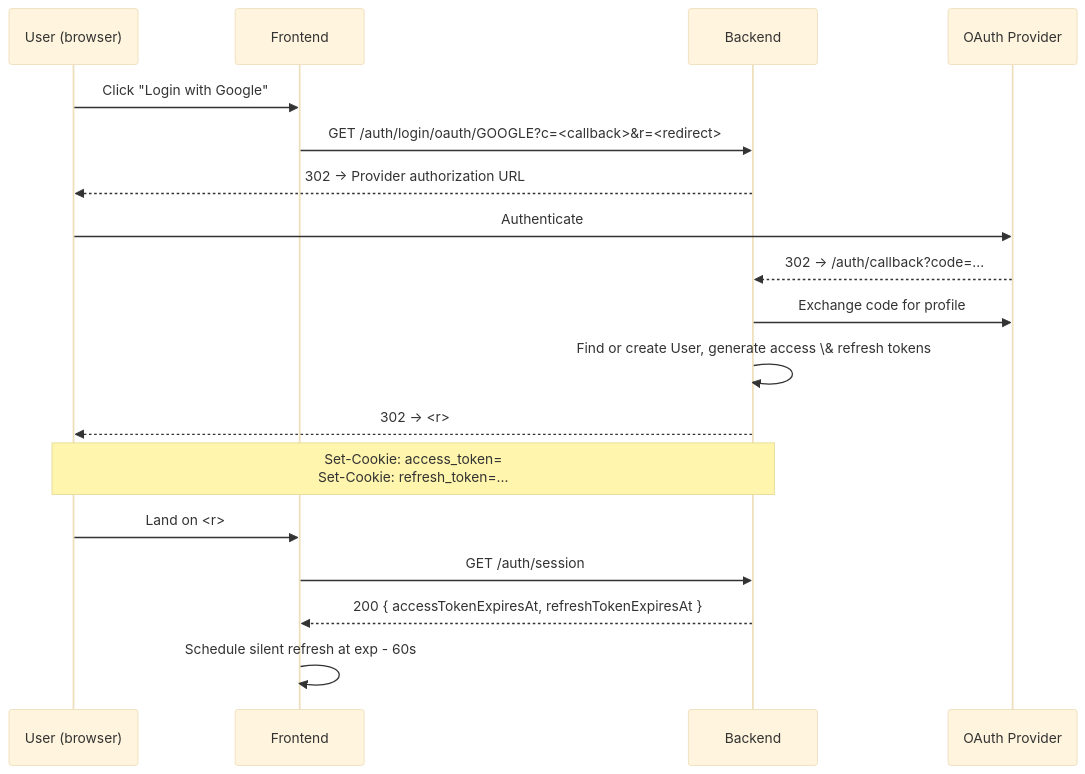
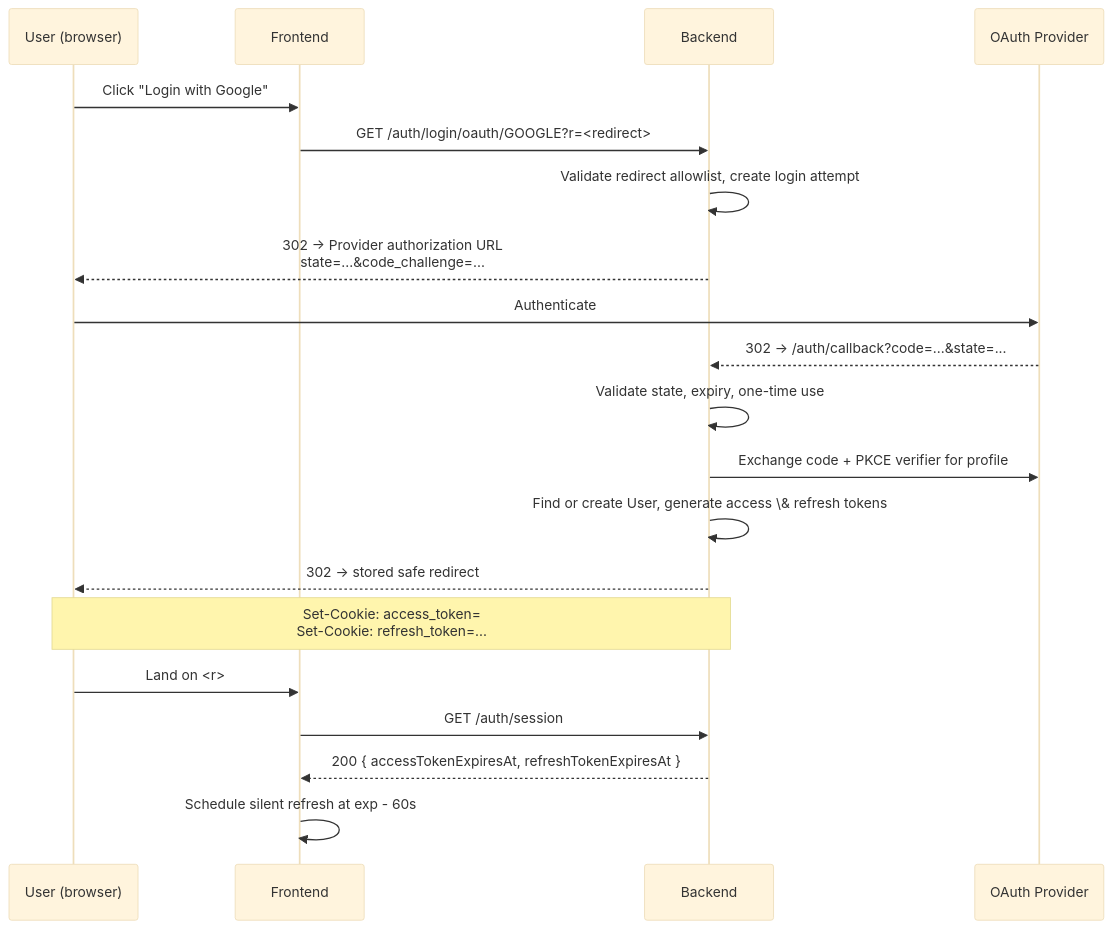
Before and after one commit to NYCU-SDC/sciedu-api: the first of 4 diagrams in docs/AUTH_FLOW.md, drawn with Mermaid (base theme). The commit also changed other lines of this file, not shown here.

Commit message:
docs: update authentication flow documentation with security requirements and CSRF protection details

````diff
--- a/docs/AUTH_FLOW.md
+++ b/docs/AUTH_FLOW.md
@@ -70,21 +93,23 @@
 ```mermaid
 sequenceDiagram
     participant U as User (browser)
     participant F as Frontend
     participant B as Backend
     participant O as OAuth Provider
 
     U->>F: Click "Login with Google"
-    F->>B: GET /auth/login/oauth/GOOGLE?c=<callback>&r=<redirect>
-    B-->>U: 302 → Provider authorization URL
+    F->>B: GET /auth/login/oauth/GOOGLE?r=<redirect>
+    B->>B: Validate redirect allowlist, create login attempt
+    B-->>U: 302 → Provider authorization URL<br/>state=...&code_challenge=...
     U->>O: Authenticate
-    O-->>B: 302 → /auth/callback?code=...
-    B->>O: Exchange code for profile
+    O-->>B: 302 → /auth/callback?code=...&state=...
+    B->>B: Validate state, expiry, one-time use
+    B->>O: Exchange code + PKCE verifier for profile
     B->>B: Find or create User, generate access \& refresh tokens
-    B-->>U: 302 → <r>
+    B-->>U: 302 → stored safe redirect
     Note over B,U: Set-Cookie: access_token=<br/>Set-Cookie: refresh_token=...
     U->>F: Land on <r>
     F->>B: GET /auth/session
     B-->>F: 200 { accessTokenExpiresAt, refreshTokenExpiresAt }
     F->>F: Schedule silent refresh at exp - 60s
 ```
````
